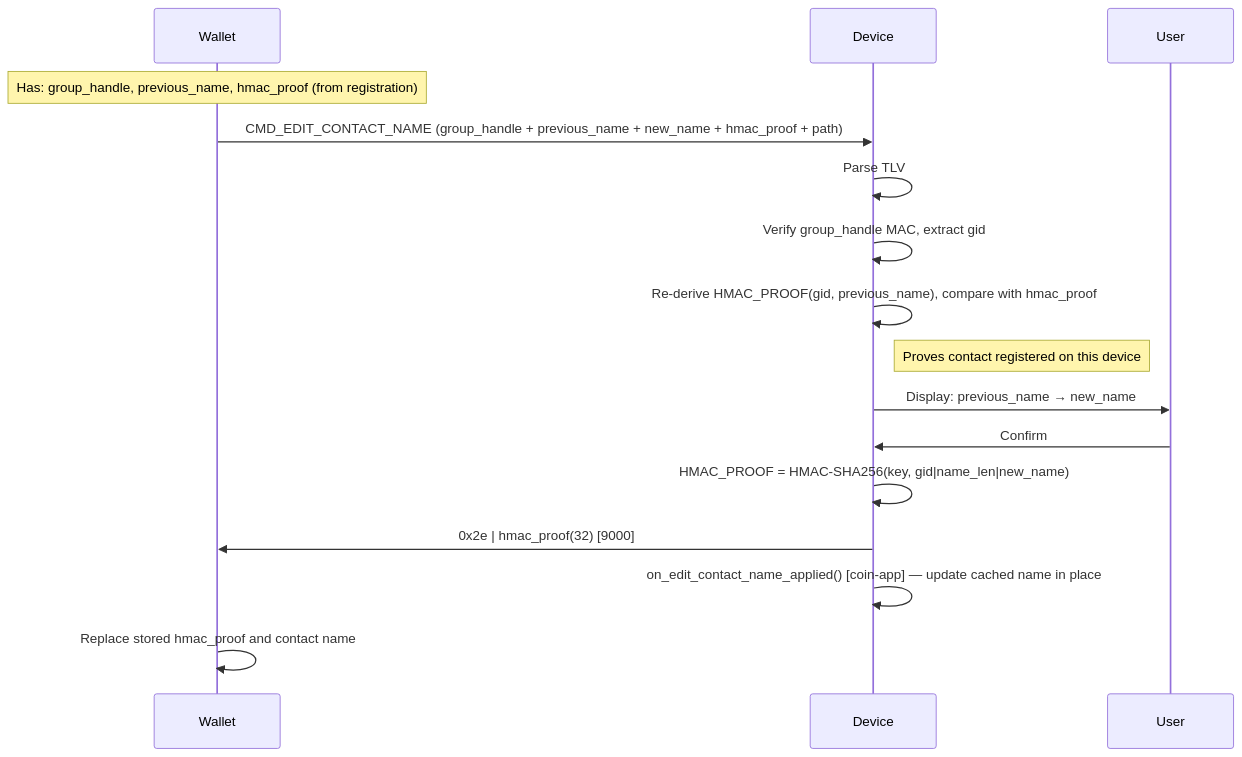
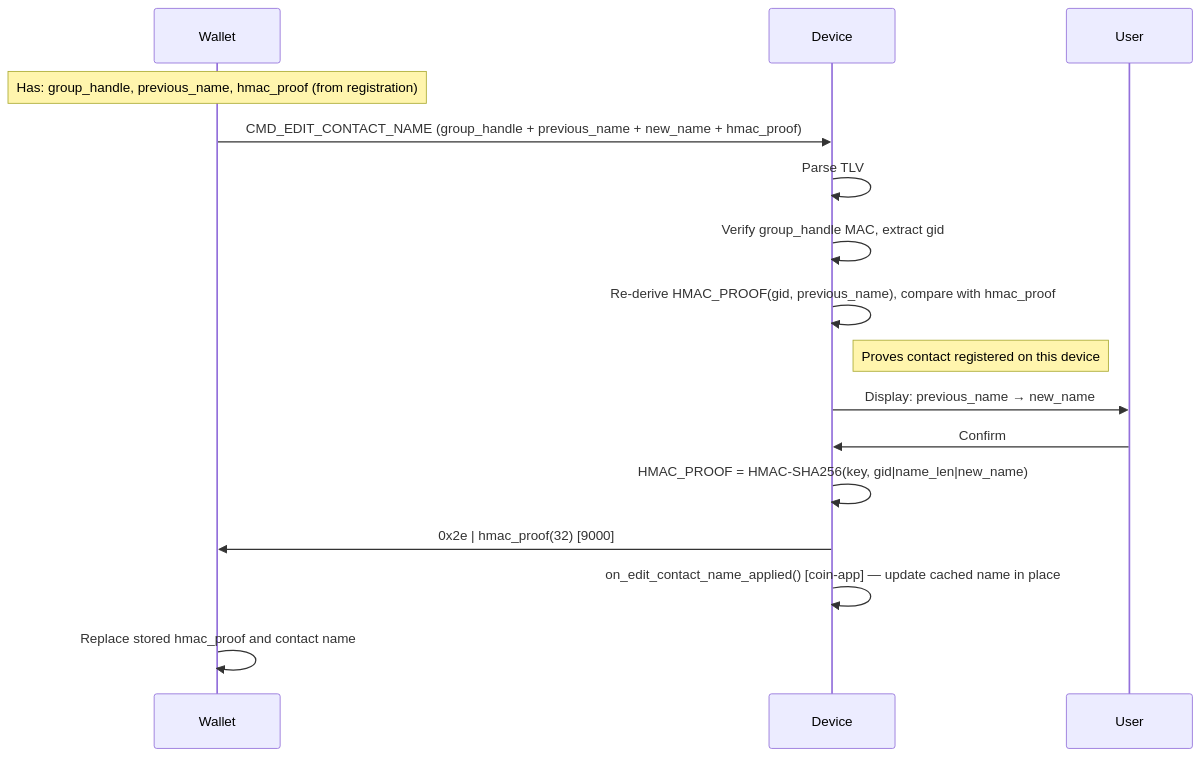
Before and after one commit to LedgerHQ/ledger-secure-sdk: the fourth of 10 diagrams in app_features/address_book/doc/address_book_spec.md, drawn with Mermaid. The commit also changed other lines of this file and 8 other files, not shown here.

````diff
--- a/app_features/address_book/doc/address_book_spec.md
+++ b/app_features/address_book/doc/address_book_spec.md
@@ -357,16 +355,16 @@
 ```mermaid
 sequenceDiagram
 
     Note over Wallet: Has: group_handle, previous_name, hmac_proof (from registration)
-    Wallet->>Device: CMD_EDIT_CONTACT_NAME (group_handle + previous_name + new_name + hmac_proof + path)
+    Wallet->>Device: CMD_EDIT_CONTACT_NAME (group_handle + previous_name + new_name + hmac_proof)
     Device->>Device: Parse TLV
     Device->>Device: Verify group_handle MAC, extract gid
     Device->>Device: Re-derive HMAC_PROOF(gid, previous_name), compare with hmac_proof
     Note right of Device: Proves contact registered on this device
     Device->>User: Display: previous_name → new_name
     User->>Device: Confirm
     Device->>Device: HMAC_PROOF = HMAC-SHA256(key, gid|name_len|new_name)
     Device->>Wallet: 0x2e | hmac_proof(32)  [9000]
     Device->>Device: on_edit_contact_name_applied() [coin-app] — update cached name in place
     Wallet->>Wallet: Replace stored hmac_proof and contact name
 ```
````
